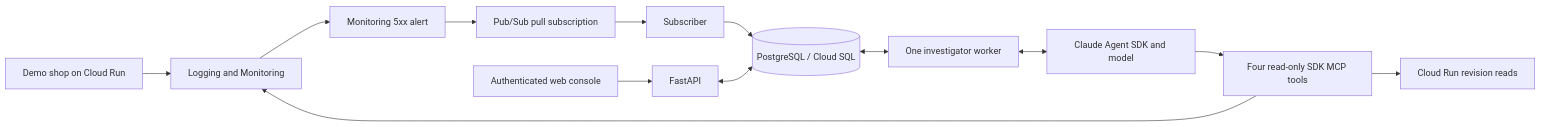
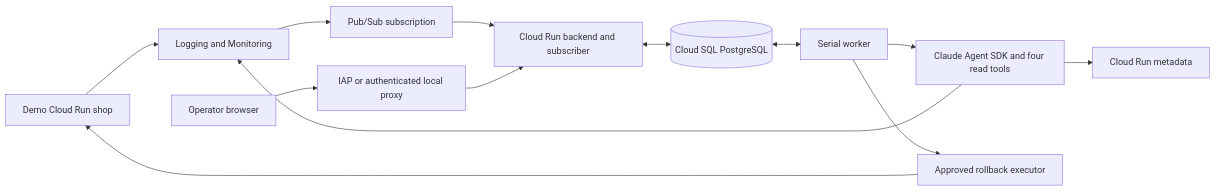
One commit to ai-developer-community/ai-sre-agent changed the diagram in ARCHITECTURE.md. Above: the diagram before and after it, drawn with Mermaid. The commit also changed other lines of this file and 24 other files, not shown here.

````diff
--- a/ARCHITECTURE.md
+++ b/ARCHITECTURE.md
@@ -7,15 +11,15 @@
 ```mermaid
 flowchart LR
-    Shop[Demo shop on Cloud Run] --> Google[Logging and Monitoring]
-    Google --> Alert[Monitoring 5xx alert]
-    Alert --> PubSub[Pub/Sub pull subscription]
-    PubSub --> Intake[Subscriber]
-    UI[Authenticated web console] --> API[FastAPI]
-    Intake --> DB[(PostgreSQL / Cloud SQL)]
-    API <--> DB
-    DB <--> Worker[One investigator worker]
-    Worker <--> Claude[Claude Agent SDK and model]
-    Claude --> Tools[Four read-only SDK MCP tools]
-    Tools --> Google
-    Tools --> Revisions[Cloud Run revision reads]
+    Shop[Demo Cloud Run shop] --> Monitoring[Logging and Monitoring]
+    Monitoring --> PubSub[Pub/Sub subscription]
+    PubSub --> Backend[Cloud Run backend and subscriber]
+    Operator[Operator browser] --> Access[IAP or authenticated local proxy]
+    Access --> Backend
+    Backend <--> DB[(Cloud SQL PostgreSQL)]
+    DB <--> Worker[Serial worker]
+    Worker --> Agent[Claude Agent SDK and four read tools]
+    Agent --> Monitoring
+    Agent --> Revisions[Cloud Run metadata]
+    Worker --> Executor[Approved rollback executor]
+    Executor --> Shop
 ```
````
